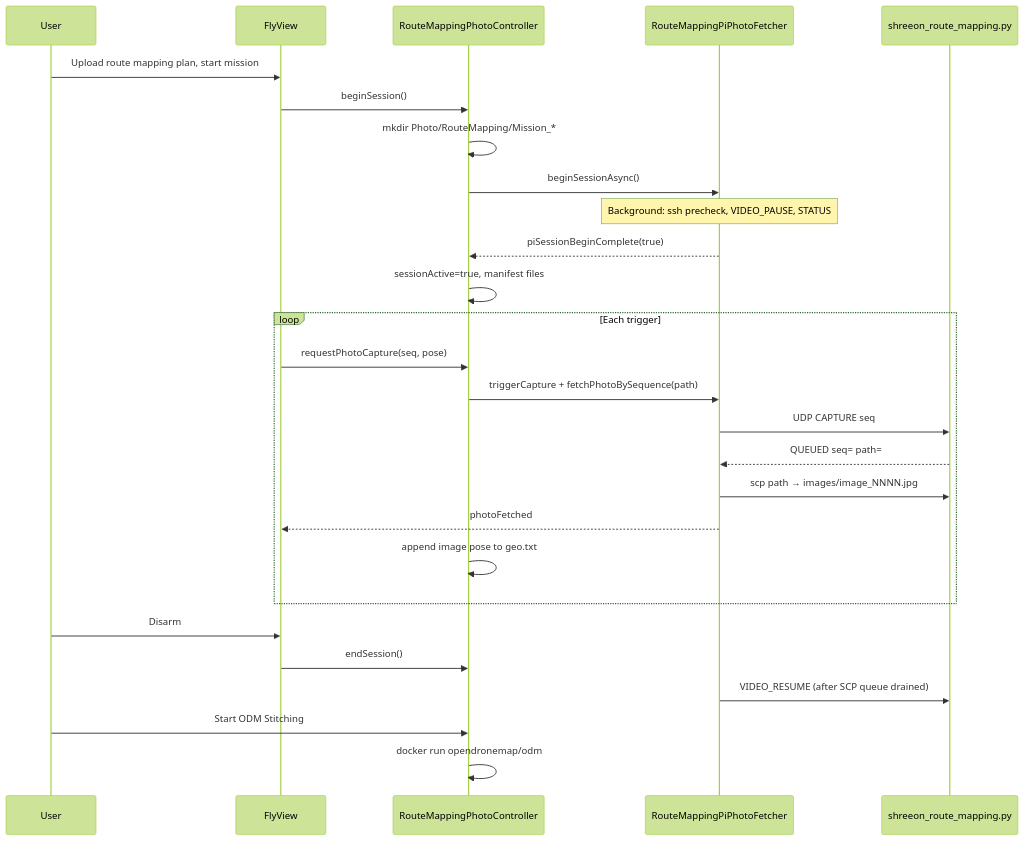
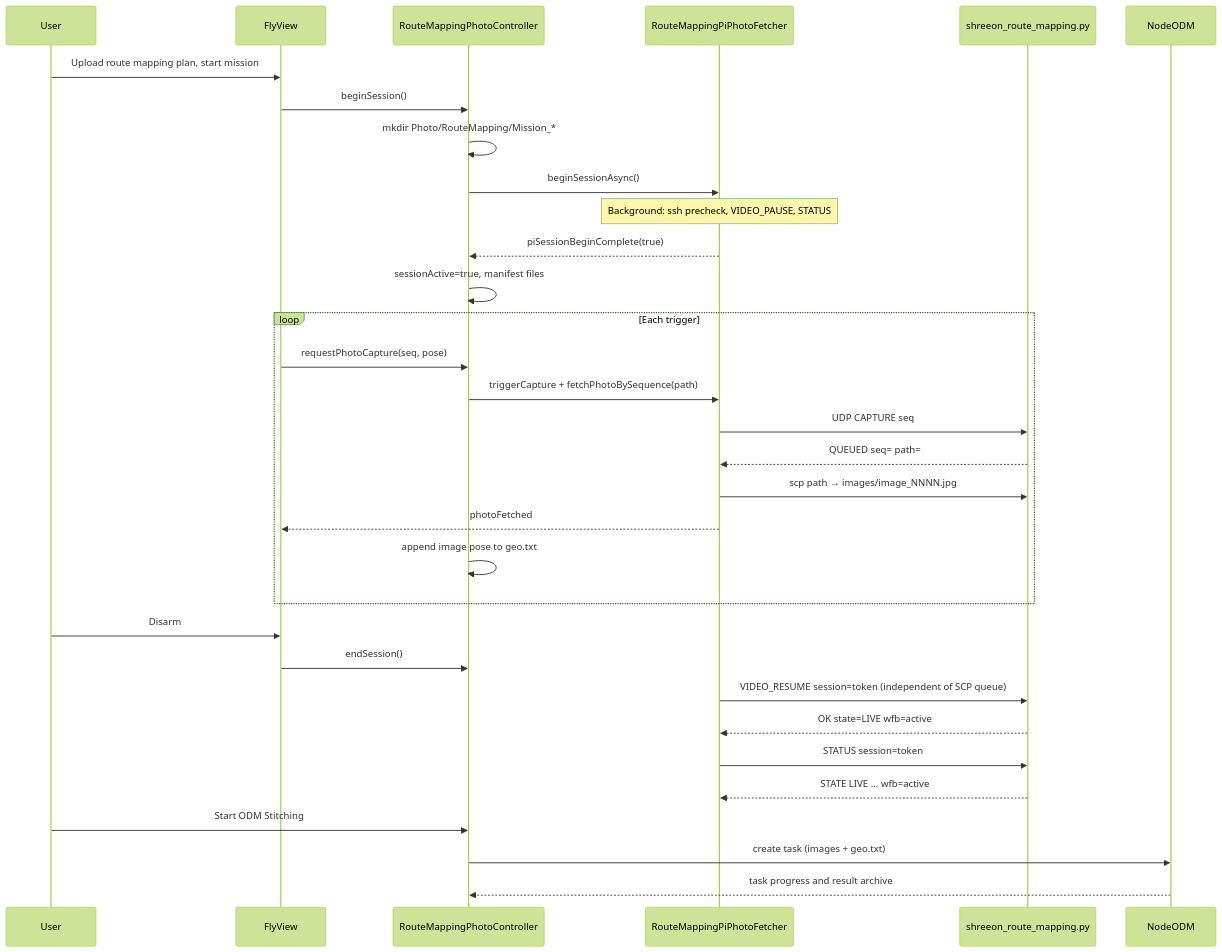
The diagram in docs/en/shreeon-route-mapping-implementation.md (Sahista-Bukhari/Shreeon_QGC_01_JUNE), drawn with Mermaid (forest theme) before and after one commit. The commit also changed other lines of this file and 23 other files, not shown here.

````diff
--- a/docs/en/shreeon-route-mapping-implementation.md
+++ b/docs/en/shreeon-route-mapping-implementation.md
@@ -298,32 +309,36 @@
 ```mermaid
 sequenceDiagram
     participant User
     participant Fly as FlyView
     participant GCS as RouteMappingPhotoController
     participant Fetch as RouteMappingPiPhotoFetcher
     participant Pi as shreeon_route_mapping.py
 
     User->>Fly: Upload route mapping plan, start mission
     Fly->>GCS: beginSession()
     GCS->>GCS: mkdir Photo/RouteMapping/Mission_*
     GCS->>Fetch: beginSessionAsync()
     Note over Fetch: Background: ssh precheck, VIDEO_PAUSE, STATUS
     Fetch-->>GCS: piSessionBeginComplete(true)
     GCS->>GCS: sessionActive=true, manifest files
 
     loop Each trigger
         Fly->>GCS: requestPhotoCapture(seq, pose)
         GCS->>Fetch: triggerCapture + fetchPhotoBySequence(path)
         Fetch->>Pi: UDP CAPTURE seq
         Pi-->>Fetch: QUEUED seq= path=
         Fetch->>Pi: scp path → images/image_NNNN.jpg
         Fetch-->>Fly: photoFetched
         GCS->>GCS: append image pose to geo.txt
     end
 
     User->>Fly: Disarm
     Fly->>GCS: endSession()
-    Fetch->>Pi: VIDEO_RESUME (after SCP queue drained)
+    Fetch->>Pi: VIDEO_RESUME session=token (independent of SCP queue)
+    Pi-->>Fetch: OK state=LIVE wfb=active
+    Fetch->>Pi: STATUS session=token
+    Pi-->>Fetch: STATE LIVE ... wfb=active
     User->>GCS: Start ODM Stitching
-    GCS->>GCS: docker run opendronemap/odm
+    GCS->>NodeODM: create task (images + geo.txt)
+    NodeODM-->>GCS: task progress and result archive
 ```
````
